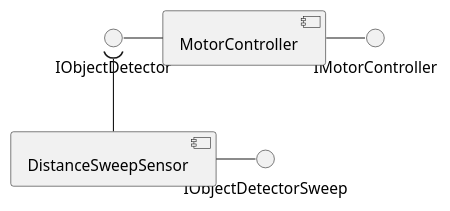
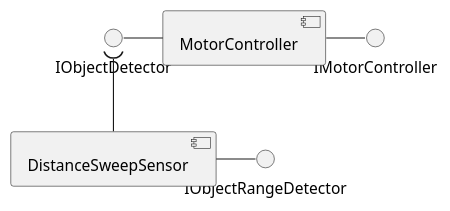
Before and after one commit to jvisch/jvr: the diagram in design/components.design.plantuml, drawn with PlantUML. The commit also changed 1 other file, not shown here.

Commit message:
Renaming interface

```diff
--- a/design/components.design.plantuml
+++ b/design/components.design.plantuml
@@ -1,20 +1,20 @@
 @startuml Component Design
 
 ' interfaces
 interface IObjectDetector
-interface IObjectDetectorSweep
+interface IObjectRangeDetector
 interface IMotorController
 
 ' components
 component MotorController
 component DistanceSweepSensor
 
 ' Component MotorController
 MotorController -left- IObjectDetector
 MotorController -right- IMotorController
 
 ' Component DistanceSweepSensor
 DistanceSweepSensor -up-( IObjectDetector
-DistanceSweepSensor -right- IObjectDetectorSweep
+DistanceSweepSensor -right- IObjectRangeDetector
 
 @enduml
```
